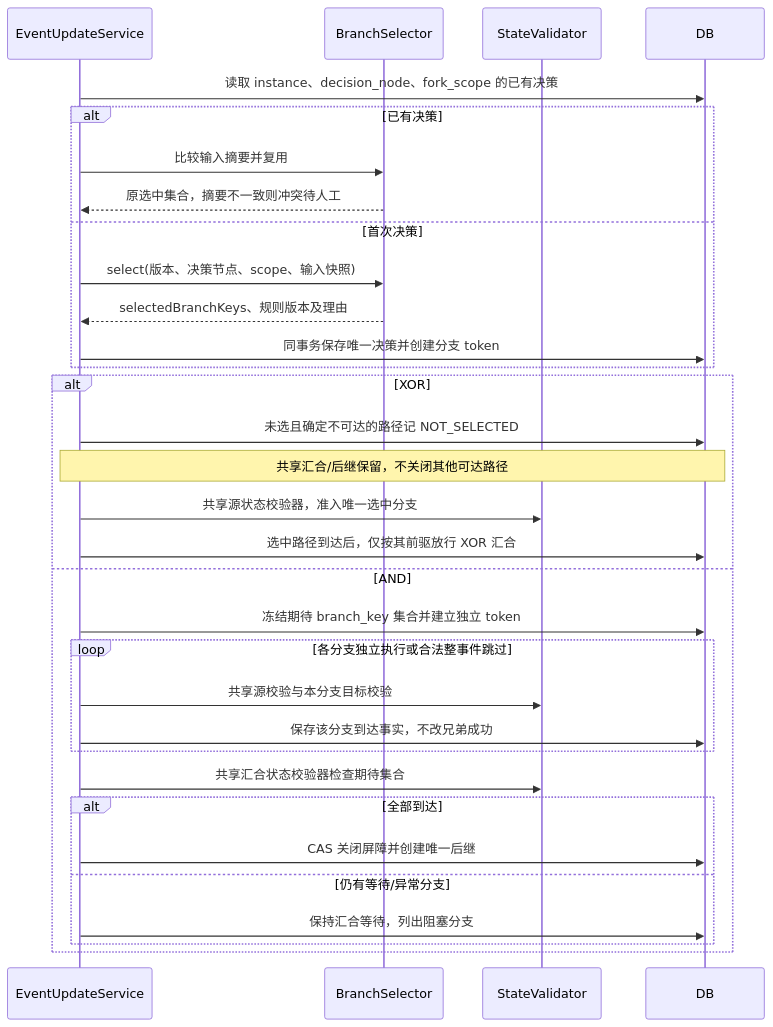
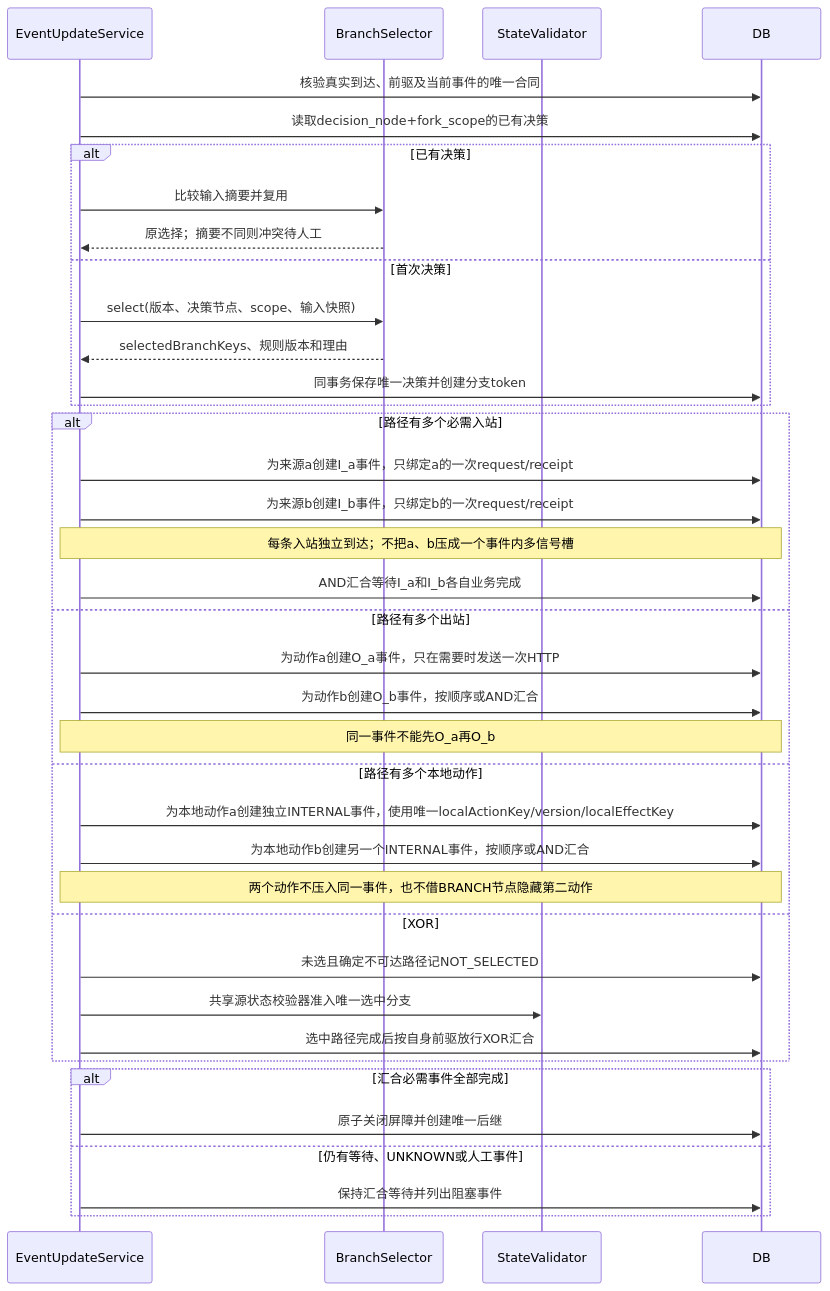
The eighth of 36 diagrams in docs/plan-event-state-machine-sequences.md (Yohmien/innolux-iws), drawn with Mermaid before and after one commit. The commit also changed other lines of this file and 3 other files, not shown here.

````diff
--- a/docs/plan-event-state-machine-sequences.md
+++ b/docs/plan-event-state-machine-sequences.md
@@ -251,34 +427,40 @@
 ```mermaid
 sequenceDiagram
   participant E as EventUpdateService
   participant B as BranchSelector
   participant V as StateValidator
   participant D as DB
-  E->>D: 读取 instance、decision_node、fork_scope 的已有决策
+  E->>D: 核验真实到达、前驱及当前事件的唯一合同
+  E->>D: 读取decision_node+fork_scope的已有决策
   alt 已有决策
     E->>B: 比较输入摘要并复用
-    B-->>E: 原选中集合，摘要不一致则冲突待人工
+    B-->>E: 原选择；摘要不同则冲突待人工
   else 首次决策
     E->>B: select(版本、决策节点、scope、输入快照)
-    B-->>E: selectedBranchKeys、规则版本及理由
-    E->>D: 同事务保存唯一决策并创建分支 token
+    B-->>E: selectedBranchKeys、规则版本和理由
+    E->>D: 同事务保存唯一决策并创建分支token
   end
-  alt XOR
-    E->>D: 未选且确定不可达的路径记 NOT_SELECTED
-    Note over E,D: 共享汇合/后继保留，不关闭其他可达路径
-    E->>V: 共享源状态校验器，准入唯一选中分支
-    E->>D: 选中路径到达后，仅按其前驱放行 XOR 汇合
-  else AND
-    E->>D: 冻结期待 branch_key 集合并建立独立 token
-    loop 各分支独立执行或合法整事件跳过
-      E->>V: 共享源校验与本分支目标校验
-      E->>D: 保存该分支到达事实，不改兄弟成功
-    end
-    E->>V: 共享汇合状态校验器检查期待集合
-    alt 全部到达
-      E->>D: CAS 关闭屏障并创建唯一后继
-    else 仍有等待/异常分支
-      E->>D: 保持汇合等待，列出阻塞分支
-    end
+  alt 路径有多个必需入站
+    E->>D: 为来源a创建I_a事件，只绑定a的一次request/receipt
+    E->>D: 为来源b创建I_b事件，只绑定b的一次request/receipt
+    Note over E,D: 每条入站独立到达；不把a、b压成一个事件内多信号槽
+    E->>D: AND汇合等待I_a和I_b各自业务完成
+  else 路径有多个出站
+    E->>D: 为动作a创建O_a事件，只在需要时发送一次HTTP
+    E->>D: 为动作b创建O_b事件，按顺序或AND汇合
+    Note over E,D: 同一事件不能先O_a再O_b
+  else 路径有多个本地动作
+    E->>D: 为本地动作a创建独立INTERNAL事件，使用唯一localActionKey/version/localEffectKey
+    E->>D: 为本地动作b创建另一个INTERNAL事件，按顺序或AND汇合
+    Note over E,D: 两个动作不压入同一事件，也不借BRANCH节点隐藏第二动作
+  else XOR
+    E->>D: 未选且确定不可达路径记NOT_SELECTED
+    E->>V: 共享源状态校验器准入唯一选中分支
+    E->>D: 选中路径完成后按自身前驱放行XOR汇合
+  end
+  alt 汇合必需事件全部完成
+    E->>D: 原子关闭屏障并创建唯一后继
+  else 仍有等待、UNKNOWN或人工事件
+    E->>D: 保持汇合等待并列出阻塞事件
   end
 ```
````
